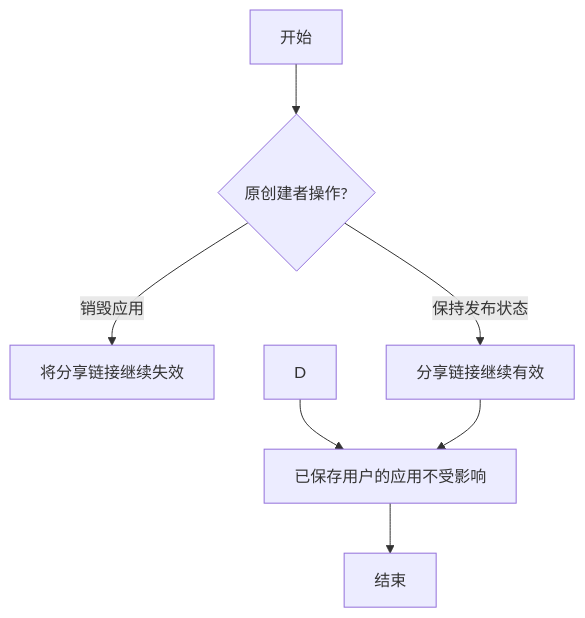
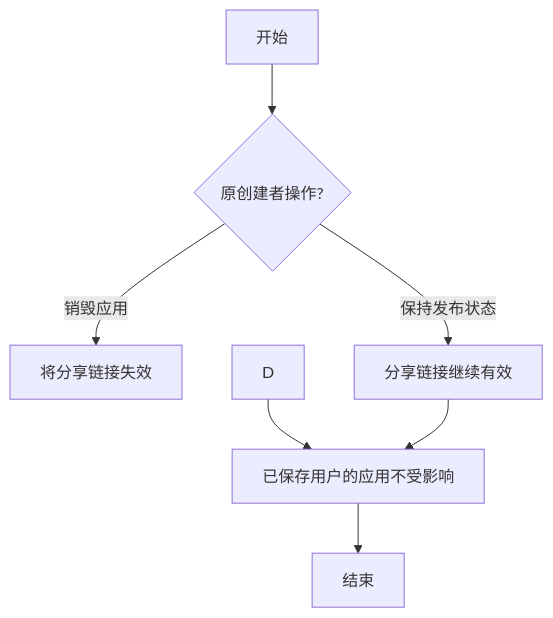
One commit to yingjianzh/iodraw-files changed the diagram in all/未命名-64.md. Above: the diagram before and after it, drawn with Mermaid.

Commit message:
2025-05-21 18:32:41 update

````diff
--- a/all/未命名-64.md
+++ b/all/未命名-64.md
@@ -1,10 +1,10 @@
 ```mermaid
 flowchart TD
     A[开始] --> B{原创建者操作?}
-    B -->|销毁应用| C[将分享链接继续失效]
+    B -->|销毁应用| C[将分享链接失效]
    
     B -->|保持发布状态| E[分享链接继续有效]
     D --> F[已保存用户的应用不受影响]
     E --> F
     F --> G[结束]
 ```
````
